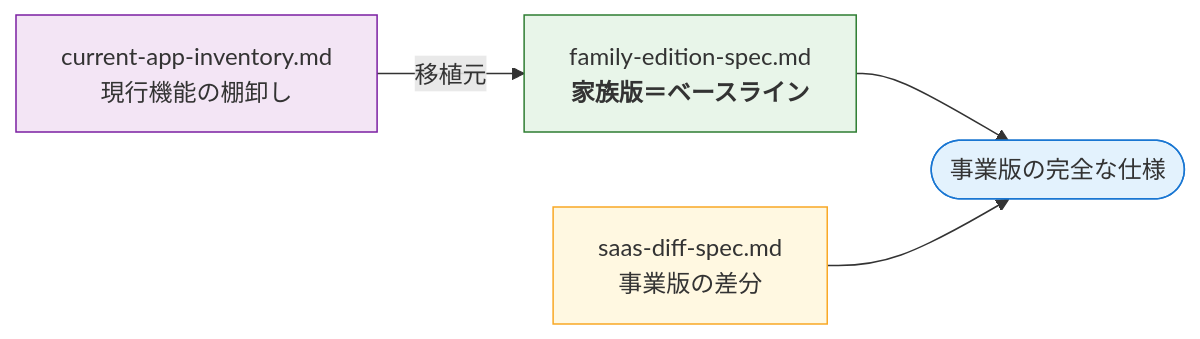
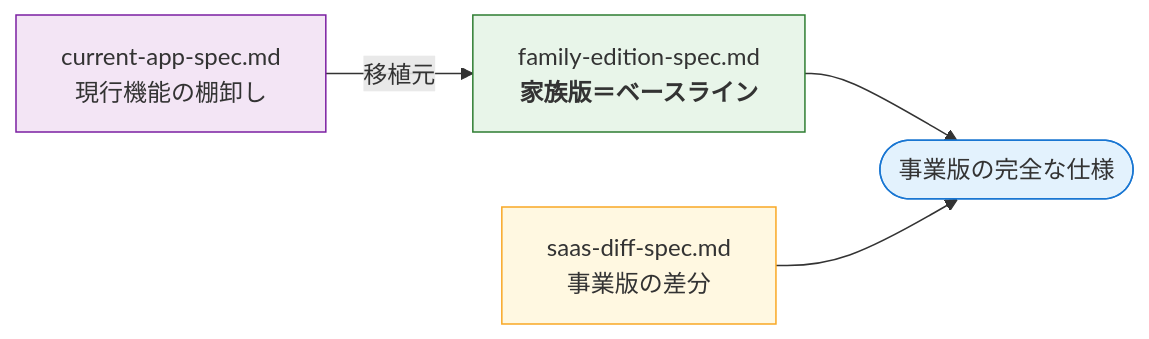
The fifth of 5 diagrams in docs/10-specs/family-edition-spec.md (hisataka0206/englishLearningApp), drawn with Mermaid before and after one commit. The commit also changed other lines of this file and 7 other files, not shown here.

First line of the commit message:
docs: 現行アプリの3仕様書を current-app-spec.md に統合

````diff
--- a/docs/10-specs/family-edition-spec.md
+++ b/docs/10-specs/family-edition-spec.md
@@ -719,16 +719,16 @@
 ```mermaid
 flowchart LR
-    INV["current-app-inventory.md<br/>現行機能の棚卸し"]:::inv
+    INV["current-app-spec.md<br/>現行機能の棚卸し"]:::inv
     FAM["family-edition-spec.md<br/><b>家族版＝ベースライン</b>"]:::fam
     DIFF["saas-diff-spec.md<br/>事業版の差分"]:::diff
     SAAS(["事業版の完全な仕様"]):::result
 
     INV -->|"移植元"| FAM
     FAM --> SAAS
     DIFF --> SAAS
 
     classDef inv fill:#f3e5f5,stroke:#7b1fa2
     classDef fam fill:#e8f5e9,stroke:#2e7d32
     classDef diff fill:#fff8e1,stroke:#f9a825
     classDef result fill:#e3f2fd,stroke:#1976d2
 ```
````
